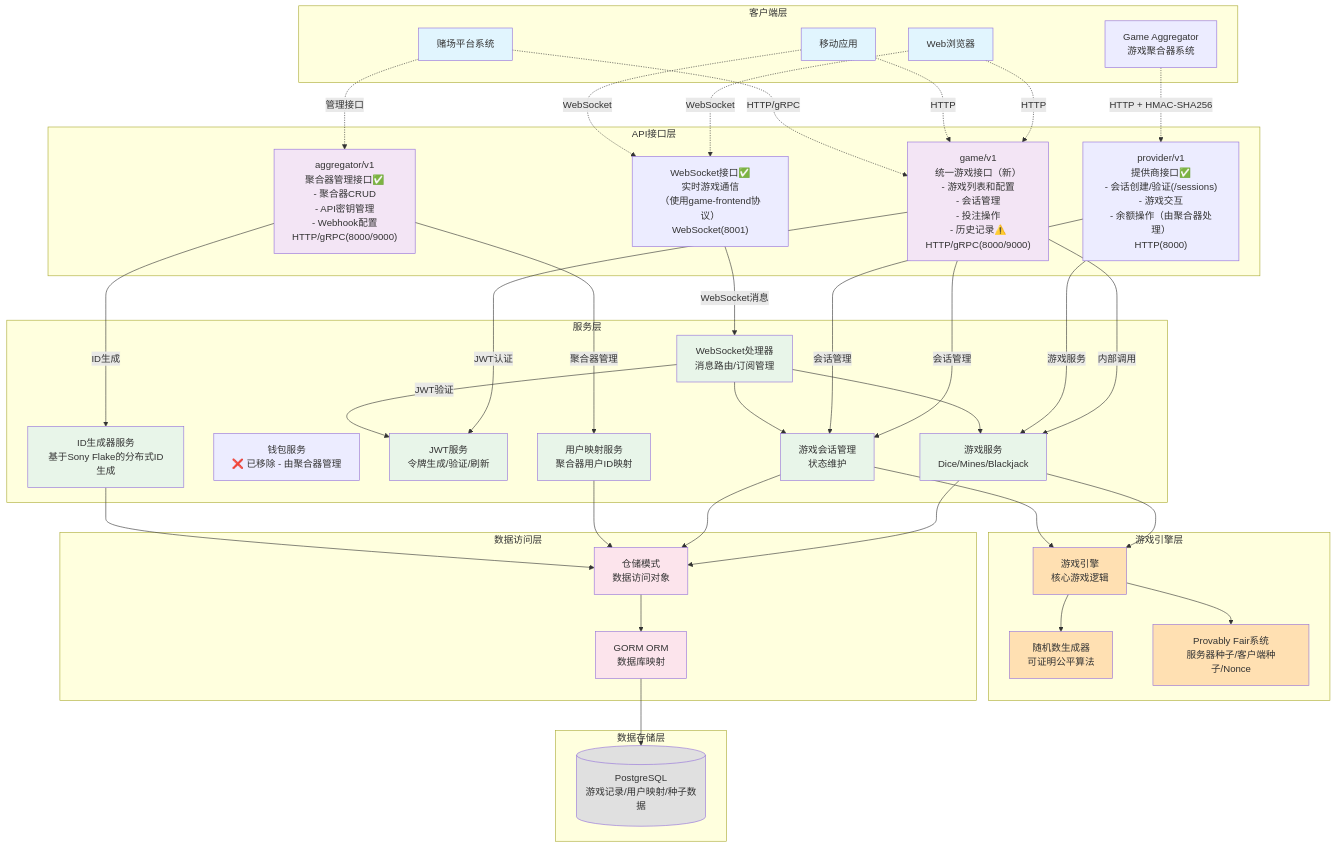
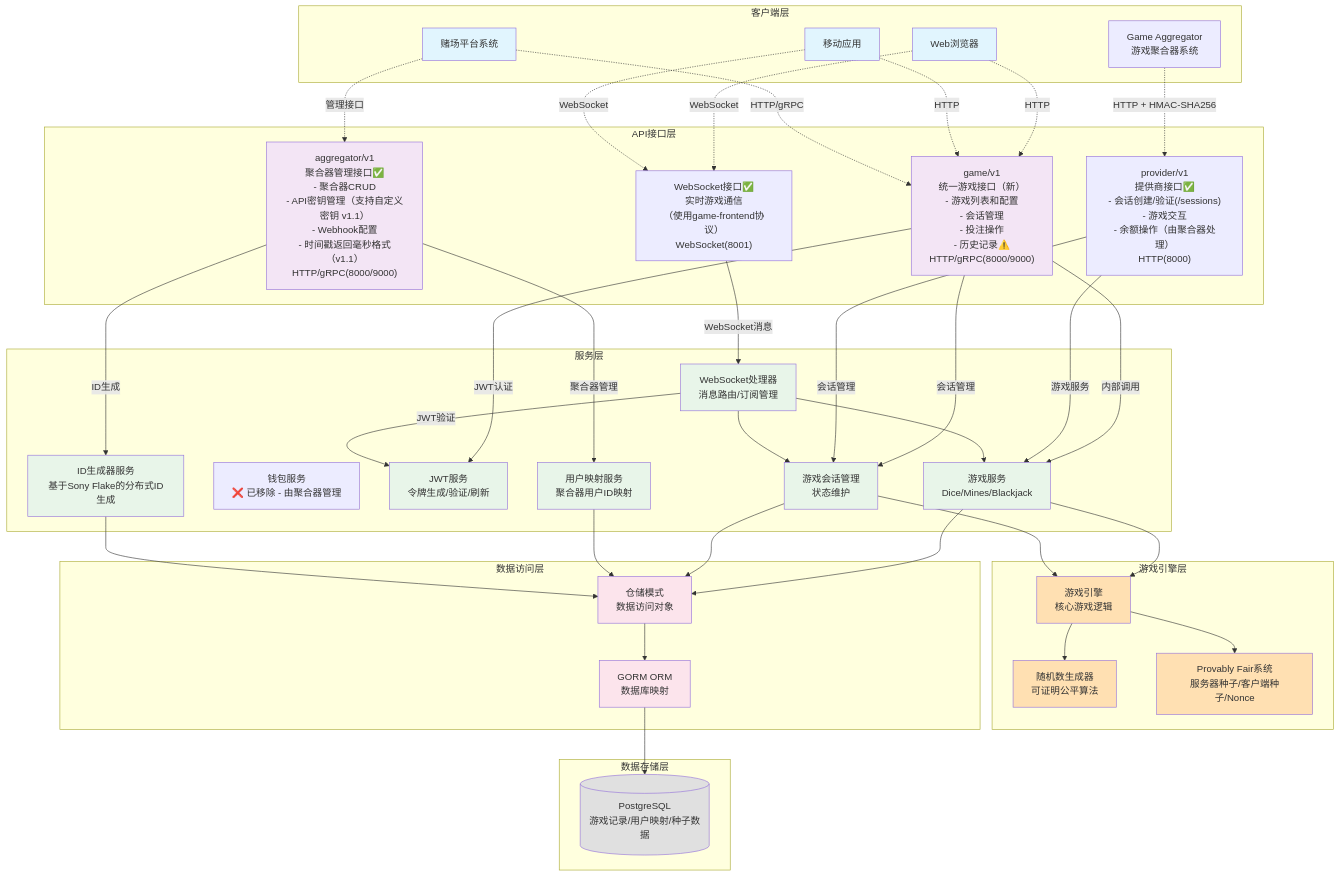
One commit to infigaming-com/invoker-gh-pages changed the first of 6 diagrams in architecture-zh.md. Above: the diagram before and after it, drawn with Mermaid. The commit also changed other lines of this file and 4 other files, not shown here.

```diff
--- a/architecture-zh.md
+++ b/architecture-zh.md
@@ -31,7 +31,7 @@
 
     subgraph "API接口层"
         GAME_API["game/v1<br/>统一游戏接口（新）<br/>- 游戏列表和配置<br/>- 会话管理<br/>- 投注操作<br/>- 历史记录⚠️<br/>HTTP/gRPC(8000/9000)"]
-        AGGREGATOR_API["aggregator/v1<br/>聚合器管理接口✅<br/>- 聚合器CRUD<br/>- API密钥管理<br/>- Webhook配置<br/>HTTP/gRPC(8000/9000)"]
+        AGGREGATOR_API["aggregator/v1<br/>聚合器管理接口✅<br/>- 聚合器CRUD<br/>- API密钥管理（支持自定义密钥 v1.1）<br/>- Webhook配置<br/>- 时间戳返回毫秒格式（v1.1）<br/>HTTP/gRPC(8000/9000)"]
         PROVIDER_API["provider/v1<br/>提供商接口✅<br/>- 会话创建/验证(/sessions)<br/>- 游戏交互<br/>- 余额操作（由聚合器处理）<br/>HTTP(8000)"]
         WS_API["WebSocket接口✅<br/>实时游戏通信<br/>（使用game-frontend协议）<br/>WebSocket(8001)"]
     end
```
